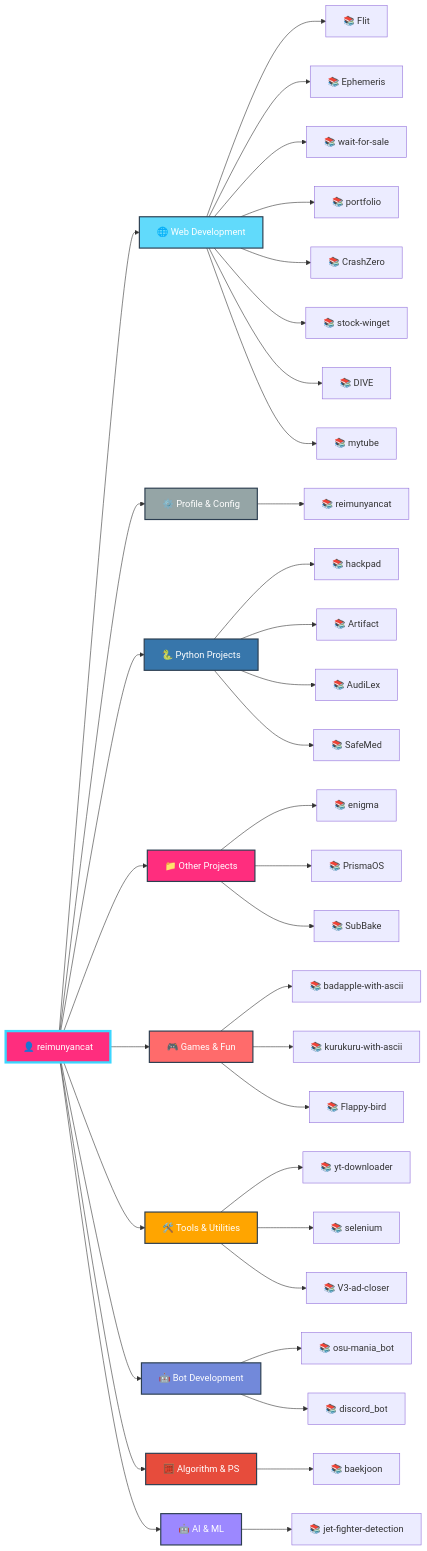
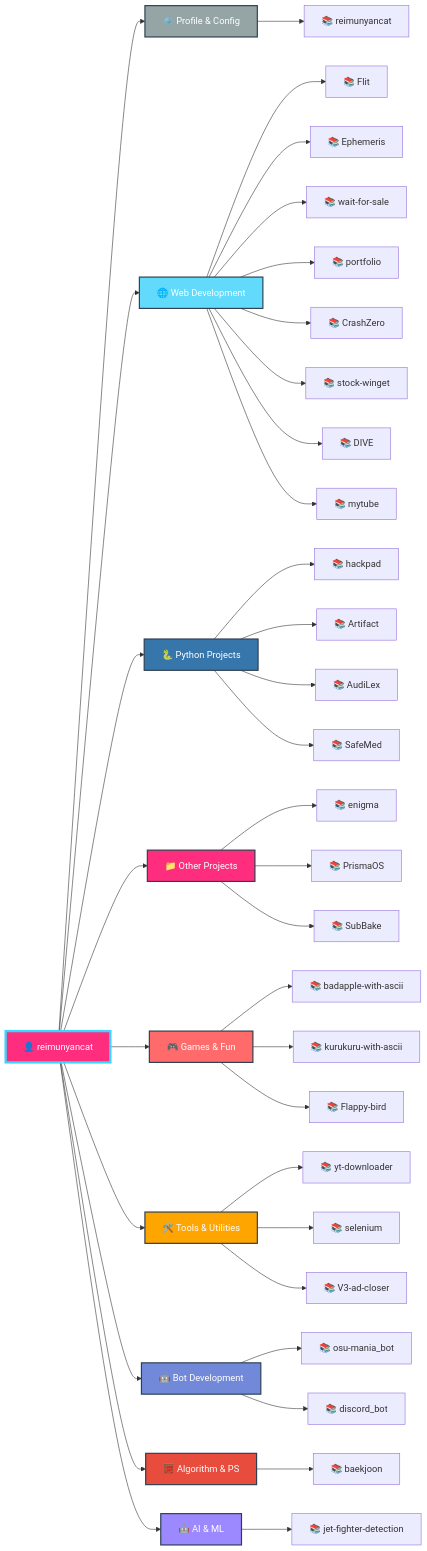
The diagram in README.md (reimunyancat/reimunyancat), drawn with Mermaid before and after one commit.

````diff
--- a/README.md
+++ b/README.md
@@ -158,59 +158,59 @@
 ```mermaid
 graph LR
   A[👤 reimunyancat]
 
-  A --> CAT0[🌐 Web Development]
-  CAT0 --> CAT0_0[📚 Flit]
-  CAT0 --> CAT0_1[📚 Ephemeris]
-  CAT0 --> CAT0_2[📚 wait-for-sale]
-  CAT0 --> CAT0_3[📚 portfolio]
-  CAT0 --> CAT0_4[📚 CrashZero]
-  CAT0 --> CAT0_5[📚 stock-winget]
-  CAT0 --> CAT0_6[📚 DIVE]
-  CAT0 --> CAT0_7[📚 mytube]
+  A --> CAT0[⚙️ Profile & Config]
+  CAT0 --> CAT0_0[📚 reimunyancat]
 
-  A --> CAT1[⚙️ Profile & Config]
-  CAT1 --> CAT1_0[📚 reimunyancat]
+  A --> CAT1[🌐 Web Development]
+  CAT1 --> CAT1_0[📚 Flit]
+  CAT1 --> CAT1_1[📚 Ephemeris]
+  CAT1 --> CAT1_2[📚 wait-for-sale]
+  CAT1 --> CAT1_3[📚 portfolio]
+  CAT1 --> CAT1_4[📚 CrashZero]
+  CAT1 --> CAT1_5[📚 stock-winget]
+  CAT1 --> CAT1_6[📚 DIVE]
+  CAT1 --> CAT1_7[📚 mytube]
 
   A --> CAT2[🐍 Python Projects]
   CAT2 --> CAT2_0[📚 hackpad]
   CAT2 --> CAT2_1[📚 Artifact]
   CAT2 --> CAT2_2[📚 AudiLex]
   CAT2 --> CAT2_3[📚 SafeMed]
 
   A --> CAT3[📁 Other Projects]
   CAT3 --> CAT3_0[📚 enigma]
   CAT3 --> CAT3_1[📚 PrismaOS]
   CAT3 --> CAT3_2[📚 SubBake]
 
   A --> CAT4[🎮 Games & Fun]
   CAT4 --> CAT4_0[📚 badapple-with-ascii]
   CAT4 --> CAT4_1[📚 kurukuru-with-ascii]
   CAT4 --> CAT4_2[📚 Flappy-bird]
 
   A --> CAT5[🛠️ Tools & Utilities]
   CAT5 --> CAT5_0[📚 yt-downloader]
   CAT5 --> CAT5_1[📚 selenium]
   CAT5 --> CAT5_2[📚 V3-ad-closer]
 
   A --> CAT6[🤖 Bot Development]
   CAT6 --> CAT6_0[📚 osu-mania_bot]
   CAT6 --> CAT6_1[📚 discord_bot]
 
   A --> CAT7[🧮 Algorithm & PS]
   CAT7 --> CAT7_0[📚 baekjoon]
 
   A --> CAT8[🤖 AI & ML]
   CAT8 --> CAT8_0[📚 jet-fighter-detection]
 
   style A fill:#FF2D7E,stroke:#3BD6FF,stroke-width:4px,color:#fff
-  style CAT0 fill:#61dafb,stroke:#2c3e50,stroke-width:2px,color:#fff
-  style CAT1 fill:#95a5a6,stroke:#2c3e50,stroke-width:2px,color:#fff
+  style CAT0 fill:#95a5a6,stroke:#2c3e50,stroke-width:2px,color:#fff
+  style CAT1 fill:#61dafb,stroke:#2c3e50,stroke-width:2px,color:#fff
   style CAT2 fill:#3776ab,stroke:#2c3e50,stroke-width:2px,color:#fff
   style CAT3 fill:#FF2D7E,stroke:#2c3e50,stroke-width:2px,color:#fff
   style CAT4 fill:#ff6b6b,stroke:#2c3e50,stroke-width:2px,color:#fff
   style CAT5 fill:#ffa500,stroke:#2c3e50,stroke-width:2px,color:#fff
   style CAT6 fill:#7289da,stroke:#2c3e50,stroke-width:2px,color:#fff
   style CAT7 fill:#e74c3c,stroke:#2c3e50,stroke-width:2px,color:#fff
   style CAT8 fill:#9c88ff,stroke:#2c3e50,stroke-width:2px,color:#fff
 ```
````
